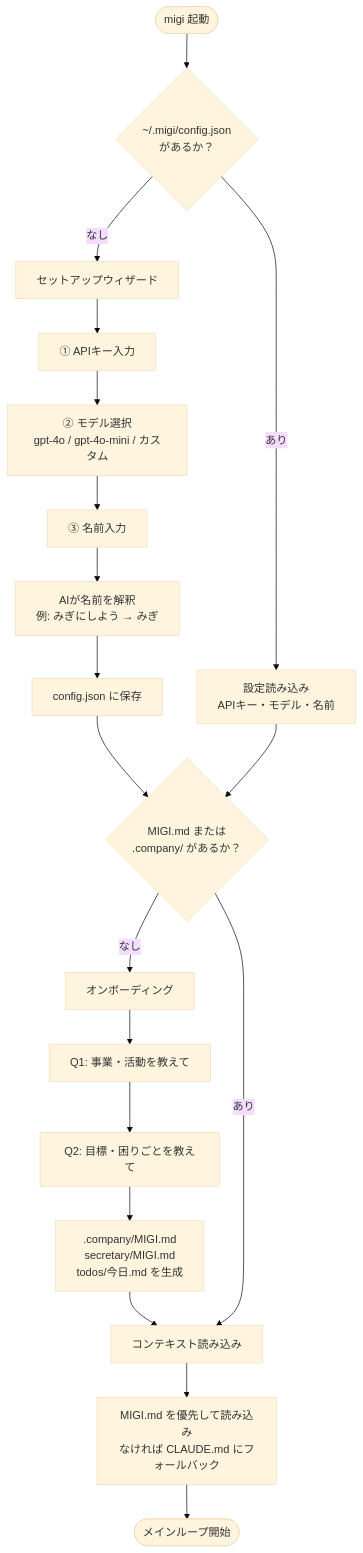
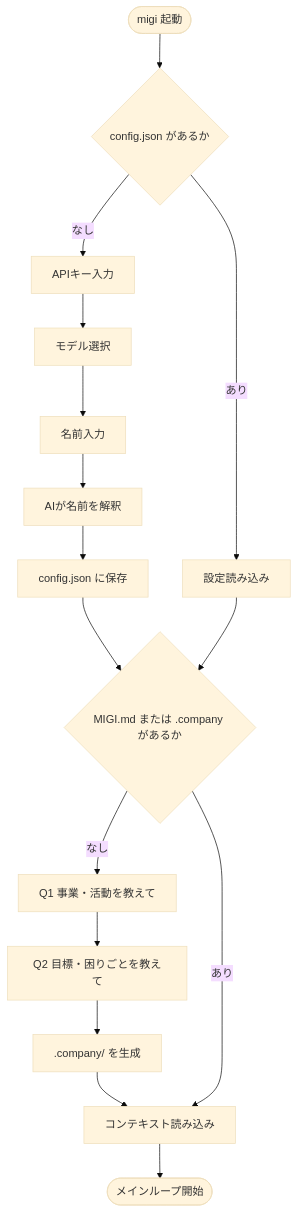
Before and after one commit to kazuhiro-yourself/migi: the second of 5 diagrams in README.md, drawn with Mermaid (base theme). The commit also changed other lines of this file, not shown here.

Commit message:
fix: replace flowchart with graph syntax for GitHub compatibility

````diff
--- a/README.md
+++ b/README.md
@@ -50,26 +56,23 @@
 ```mermaid
-flowchart TD
-  Start([migi 起動]) --> CheckCfg{"~/.migi/config.json\nがあるか？"}
+graph TD
+  Start([migi 起動]) --> CheckCfg{config.json があるか}
 
-  CheckCfg -->|なし| Setup["セットアップウィザード"]
-  Setup --> InputKey["① APIキー入力"]
-  InputKey --> SelectModel["② モデル選択\ngpt-4o / gpt-4o-mini / カスタム"]
-  SelectModel --> InputName["③ 名前入力"]
-  InputName --> AIName["AIが名前を解釈\n例: みぎにしよう → みぎ"]
-  AIName --> SaveCfg["config.json に保存"]
+  CheckCfg -->|なし| InputKey[APIキー入力]
+  InputKey --> SelectModel[モデル選択]
+  SelectModel --> InputName[名前入力]
+  InputName --> AIName[AIが名前を解釈]
+  AIName --> SaveCfg[config.json に保存]
   SaveCfg --> CheckWS
 
-  CheckCfg -->|あり| LoadCfg["設定読み込み\nAPIキー・モデル・名前"]
+  CheckCfg -->|あり| LoadCfg[設定読み込み]
   LoadCfg --> CheckWS
 
-  CheckWS{"MIGI.md または\n.company/ があるか？"}
-  CheckWS -->|なし| Onboarding["オンボーディング"]
-  Onboarding --> Q1["Q1: 事業・活動を教えて"]
-  Q1 --> Q2["Q2: 目標・困りごとを教えて"]
-  Q2 --> GenFiles[".company/MIGI.md\nsecretary/MIGI.md\ntodos/今日.md を生成"]
+  CheckWS{MIGI.md または .company があるか}
+  CheckWS -->|なし| Q1[Q1 事業・活動を教えて]
+  Q1 --> Q2[Q2 目標・困りごとを教えて]
+  Q2 --> GenFiles[.company/ を生成]
   GenFiles --> LoadCtx
 
-  CheckWS -->|あり| LoadCtx["コンテキスト読み込み"]
-  LoadCtx --> ReadFiles["MIGI.md を優先して読み込み\nなければ CLAUDE.md にフォールバック"]
-  ReadFiles --> Ready(["メインループ開始"])
+  CheckWS -->|あり| LoadCtx[コンテキスト読み込み]
+  LoadCtx --> Ready([メインループ開始])
 ```
````
